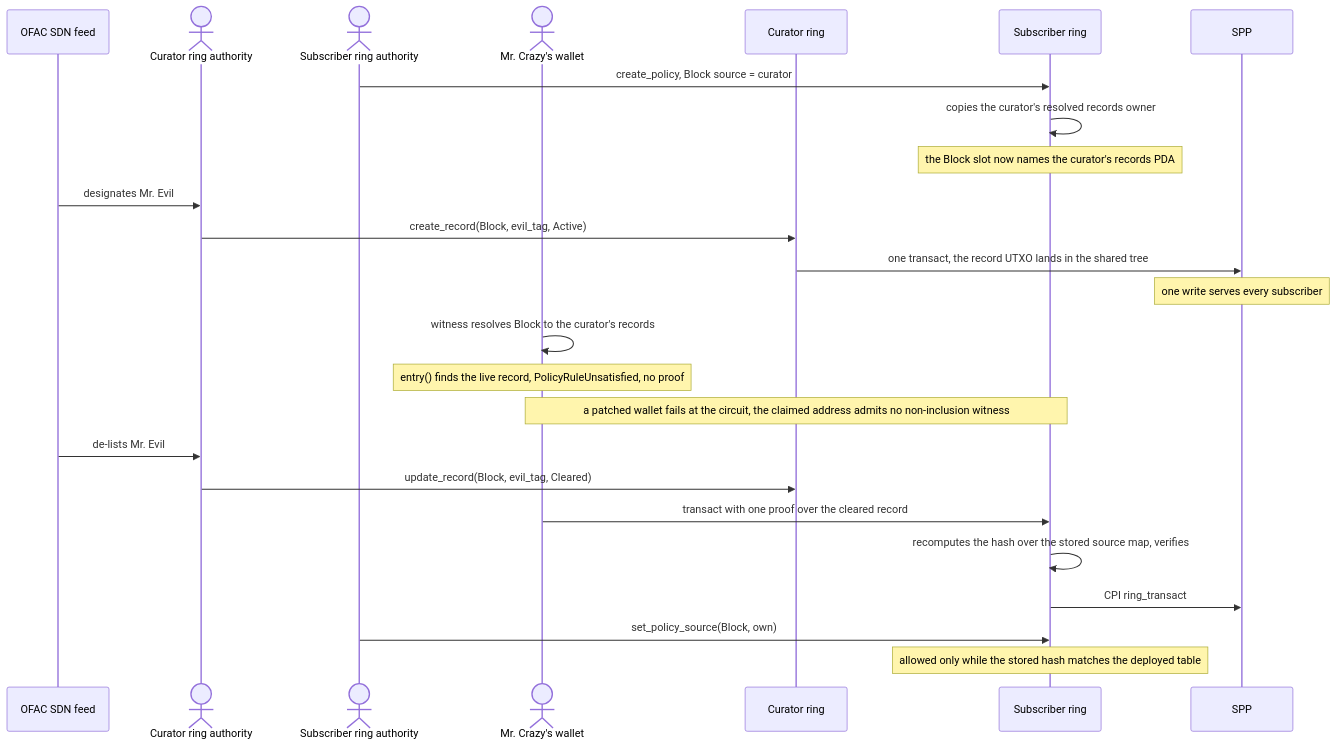
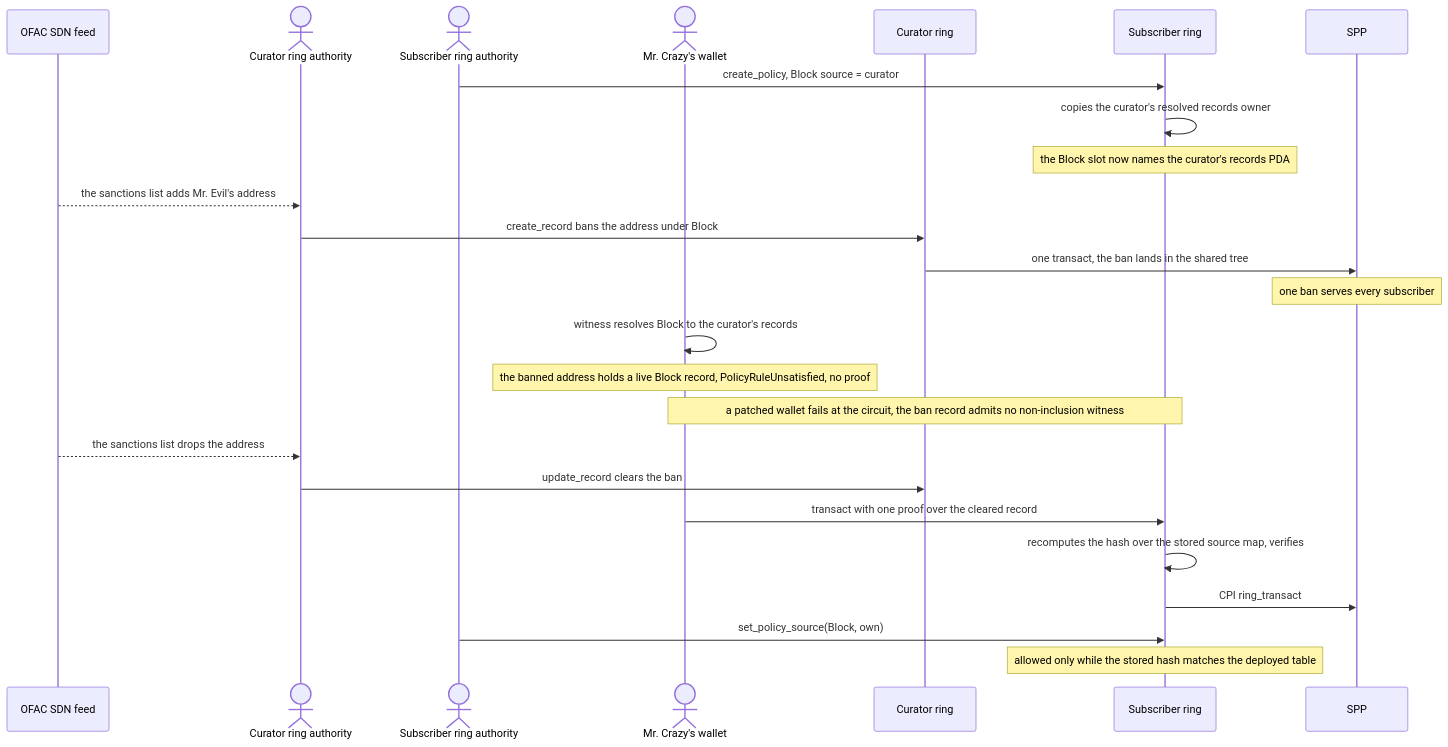
Before and after one commit to helius-labs/zolana: the diagram in docs/diagrams/ring-policy-ofac-example.mmd, drawn with Mermaid.

Commit message:
docs: label the blocklist walkthrough as authorities banning addresses

```diff
--- a/docs/diagrams/ring-policy-ofac-example.mmd
+++ b/docs/diagrams/ring-policy-ofac-example.mmd
@@ -1,30 +1,30 @@
 sequenceDiagram
     participant OFAC as OFAC SDN feed
     actor Curator as Curator ring authority
     actor Sub as Subscriber ring authority
     actor Crazy as Mr. Crazy's wallet
     participant CurRing as Curator ring
     participant SubRing as Subscriber ring
     participant SPP
 
     Sub->>SubRing: create_policy, Block source = curator
     SubRing->>SubRing: copies the curator's resolved records owner
     Note over SubRing: the Block slot now names the curator's records PDA
 
-    OFAC->>Curator: designates Mr. Evil
-    Curator->>CurRing: create_record(Block, evil_tag, Active)
-    CurRing->>SPP: one transact, the record UTXO lands in the shared tree
-    Note over SPP: one write serves every subscriber
+    OFAC-->>Curator: the sanctions list adds Mr. Evil's address
+    Curator->>CurRing: create_record bans the address under Block
+    CurRing->>SPP: one transact, the ban lands in the shared tree
+    Note over SPP: one ban serves every subscriber
 
     Crazy->>Crazy: witness resolves Block to the curator's records
-    Note over Crazy: entry() finds the live record, PolicyRuleUnsatisfied, no proof
-    Note over Crazy,SubRing: a patched wallet fails at the circuit, the claimed address admits no non-inclusion witness
+    Note over Crazy: the banned address holds a live Block record, PolicyRuleUnsatisfied, no proof
+    Note over Crazy,SubRing: a patched wallet fails at the circuit, the ban record admits no non-inclusion witness
 
-    OFAC->>Curator: de-lists Mr. Evil
-    Curator->>CurRing: update_record(Block, evil_tag, Cleared)
+    OFAC-->>Curator: the sanctions list drops the address
+    Curator->>CurRing: update_record clears the ban
     Crazy->>SubRing: transact with one proof over the cleared record
     SubRing->>SubRing: recomputes the hash over the stored source map, verifies
     SubRing->>SPP: CPI ring_transact
 
     Sub->>SubRing: set_policy_source(Block, own)
     Note over SubRing: allowed only while the stored hash matches the deployed table
```
